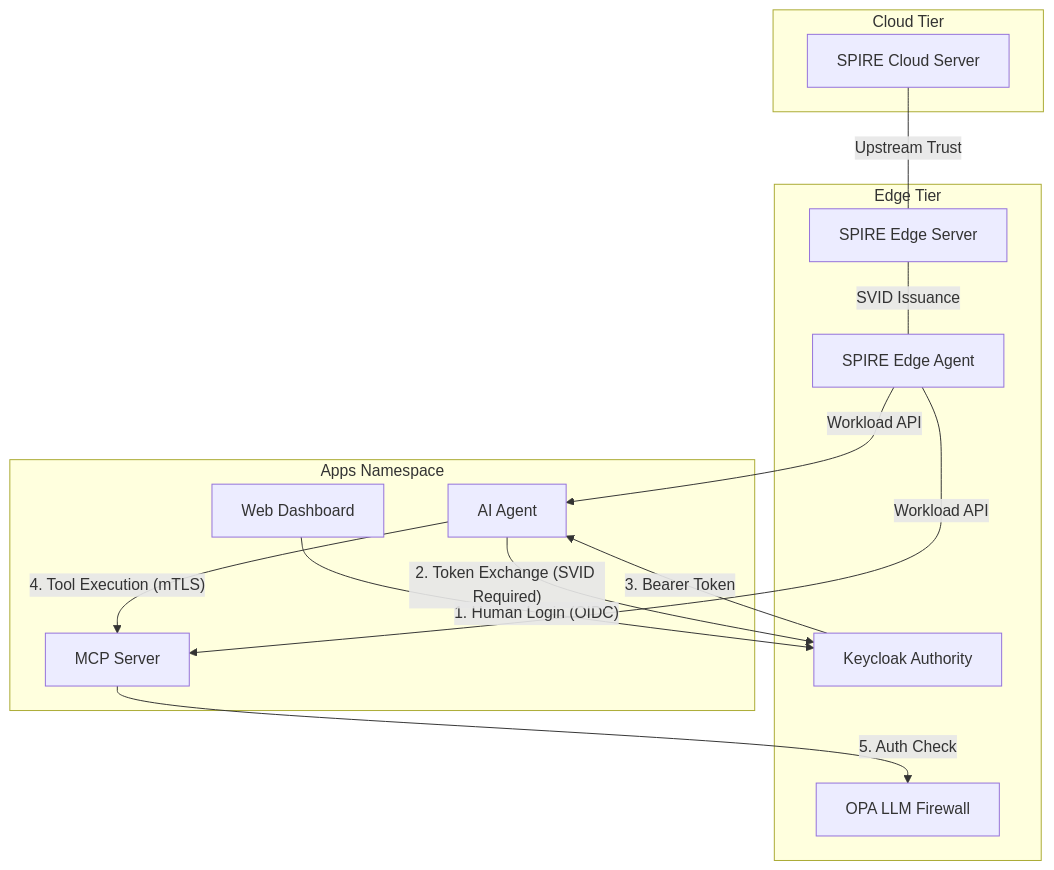
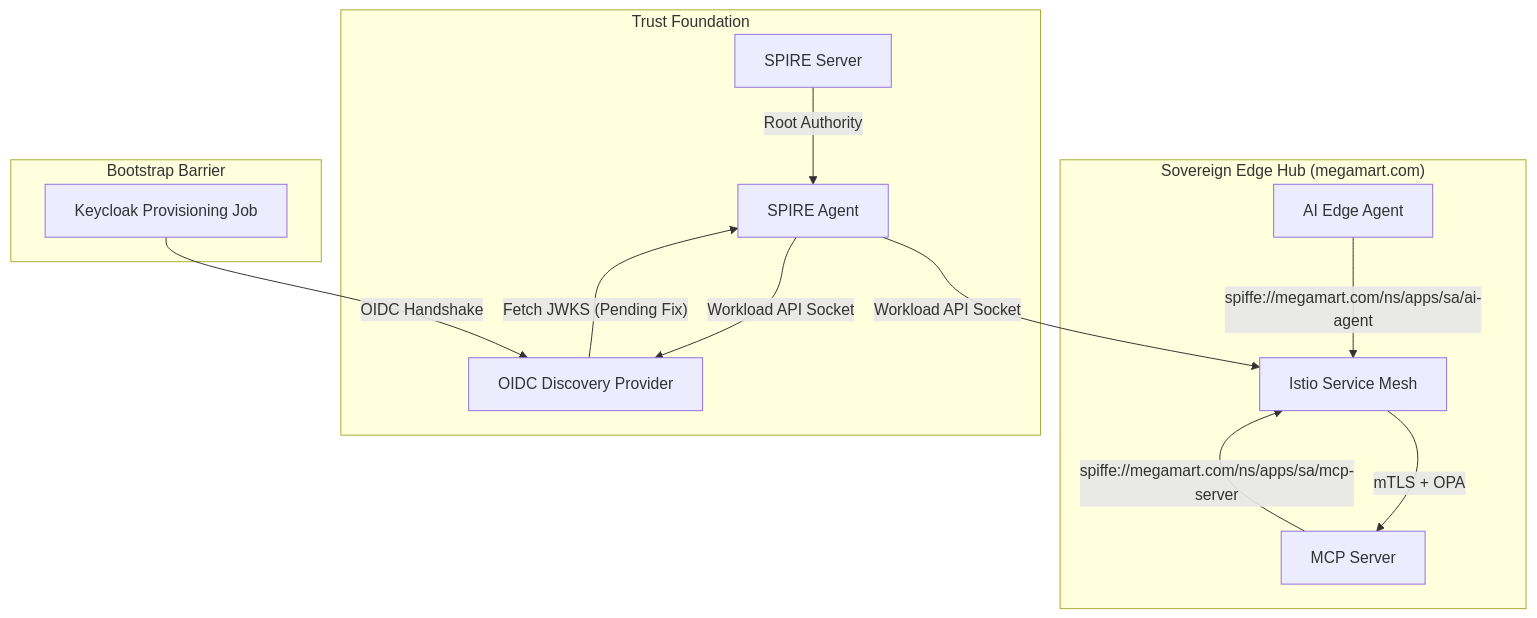
The diagram in README.md (rtarway/spiffe-spire-playground), drawn with Mermaid before and after one commit. The commit also changed other lines of this file and 3 other files, not shown here.

Commit message:
Identity Unification Checkpoint: megamart.com Unified Trust Domain anchored with full SPIFFE URIs and clinical documentation of OIDC discovery challenges.

````diff
--- a/README.md
+++ b/README.md
@@ -95,32 +8,19 @@
 ```mermaid
 graph TD
-    subgraph CloudTier[Cloud Tier]
-        CS[SPIRE Cloud Server]
+    subgraph "Sovereign Edge Hub (megamart.com)"
+        AGENT[AI Edge Agent] -- "spiffe://megamart.com/ns/apps/sa/ai-agent" --> MESH[Istio Service Mesh]
+        MCP[MCP Server] -- "spiffe://megamart.com/ns/apps/sa/mcp-server" --> MESH
+        MESH -- "mTLS + OPA" --> MCP
     end
 
-    subgraph EdgeTier[Edge Tier]
-        ES[SPIRE Edge Server]
-        EA[SPIRE Edge Agent]
-        KC[Keycloak Authority]
-        OPA[OPA LLM Firewall]
+    subgraph "Trust Foundation"
+        SPIRE_AGENT[SPIRE Agent] -- "Workload API Socket" --> MESH
+        SPIRE_AGENT -- "Workload API Socket" --> DISCOVERY[OIDC Discovery Provider]
+        SPIRE_SERVER[SPIRE Server] -- "Root Authority" --> SPIRE_AGENT
     end
 
-    subgraph AppsNamespace[Apps Namespace]
-        AA[AI Agent]
-        MS[MCP Server]
-        WA[Web Dashboard]
+    subgraph "Bootstrap Barrier"
+        JOB[Keycloak Provisioning Job] -- "OIDC Handshake" --> DISCOVERY
+        DISCOVERY -- "Fetch JWKS (Pending Fix)" --> SPIRE_AGENT
     end
-
-    %% Identity Flow
-    CS -- "Upstream Trust" --- ES
-    ES -- "SVID Issuance" --- EA
-    EA -- "Workload API" --> AA
-    EA -- "Workload API" --> MS
-
-    %% Request Flow
-    WA -- "1. Human Login (OIDC)" --> KC
-    AA -- "2. Token Exchange (SVID Required)" --> KC
-    KC -- "3. Bearer Token" --> AA
-    AA -- "4. Tool Execution (mTLS)" --> MS
-    MS -- "5. Auth Check" --> OPA
 ```
````
